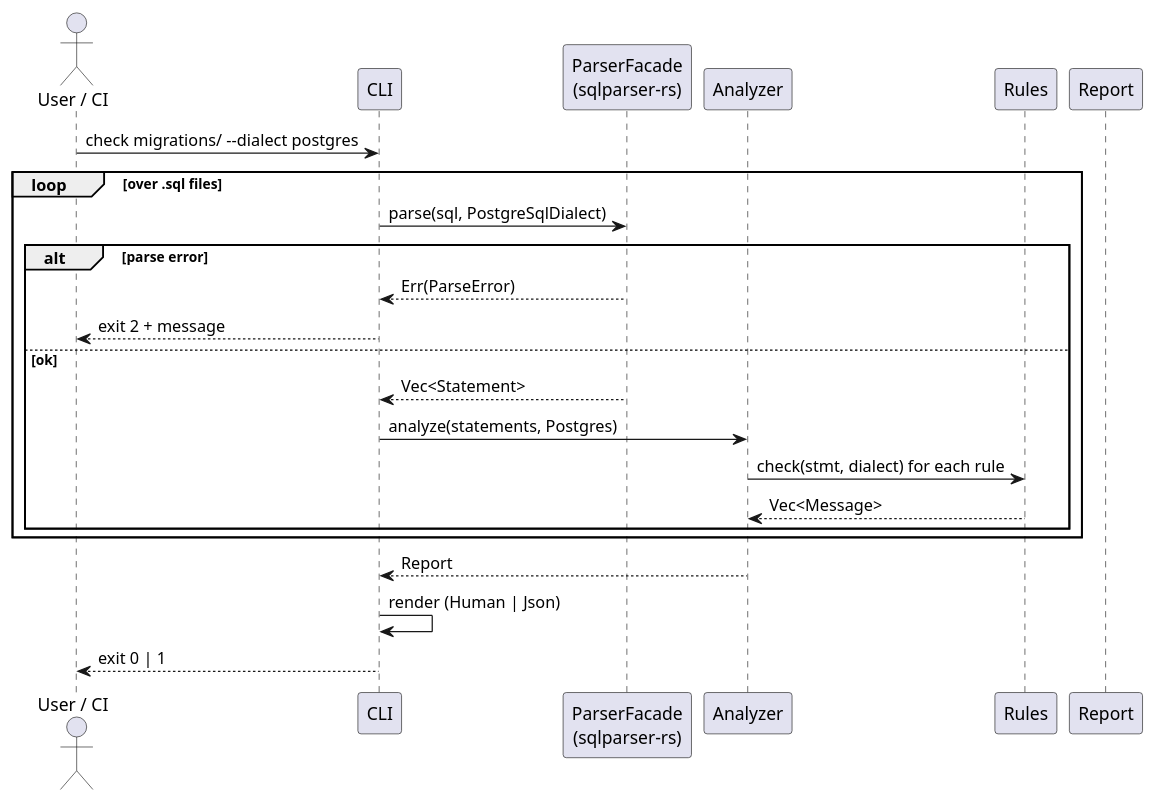
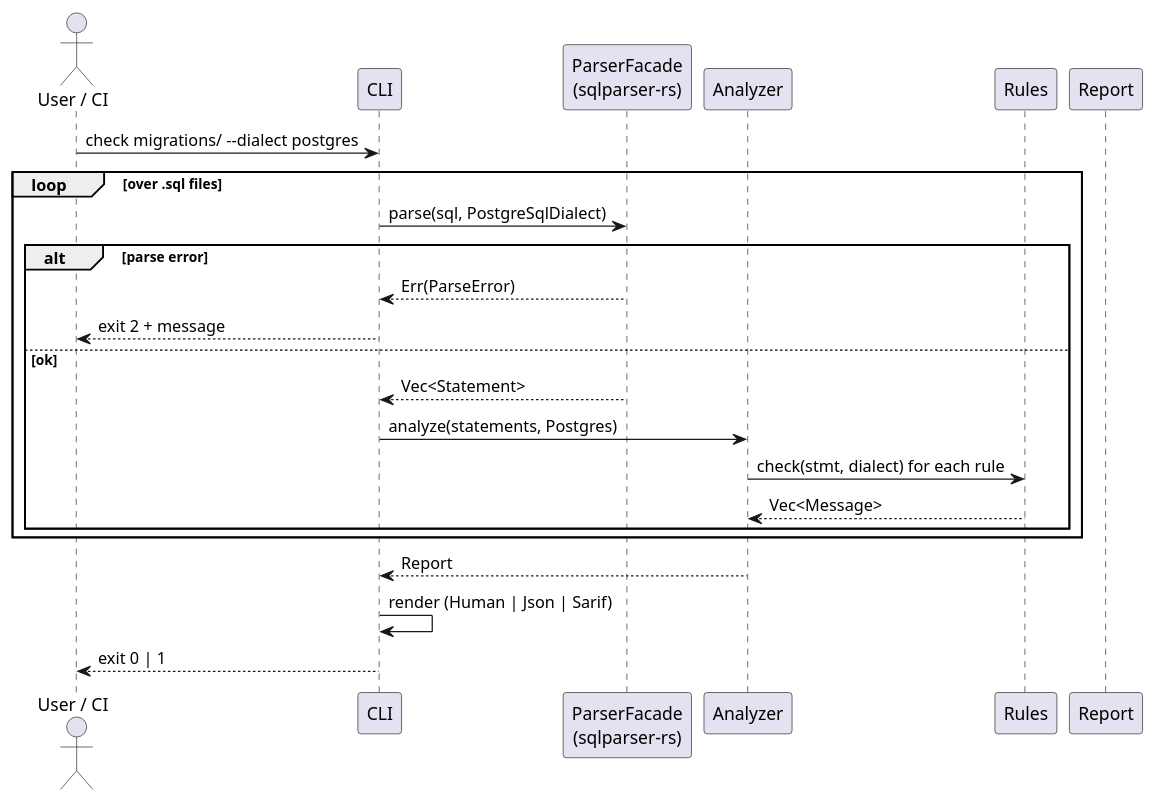
The diagram in docs/uml/sequence-check.puml (CLVwp/SastQL), drawn with PlantUML before and after one commit. The commit also changed 8 other files, not shown here.

```diff
--- a/docs/uml/sequence-check.puml
+++ b/docs/uml/sequence-check.puml
@@ -1,25 +1,25 @@
 @startuml sequence-check
 actor "User / CI" as U
 participant "CLI" as CLI
 participant "ParserFacade\n(sqlparser-rs)" as P
 participant "Analyzer" as A
 participant "Rules" as R
 participant "Report" as Rep
 
 U -> CLI : check migrations/ --dialect postgres
 loop over .sql files
   CLI -> P : parse(sql, PostgreSqlDialect)
   alt parse error
     P --> CLI : Err(ParseError)
     CLI --> U : exit 2 + message
   else ok
     P --> CLI : Vec<Statement>
     CLI -> A : analyze(statements, Postgres)
     A -> R : check(stmt, dialect) for each rule
     R --> A : Vec<Message>
   end
 end
 A --> CLI : Report
-CLI -> CLI : render (Human | Json)
+CLI -> CLI : render (Human | Json | Sarif)
 CLI --> U : exit 0 | 1
 @enduml
```
